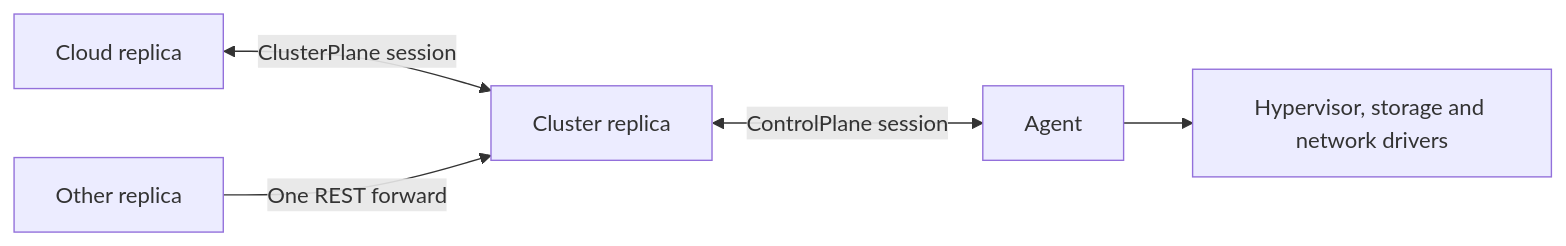
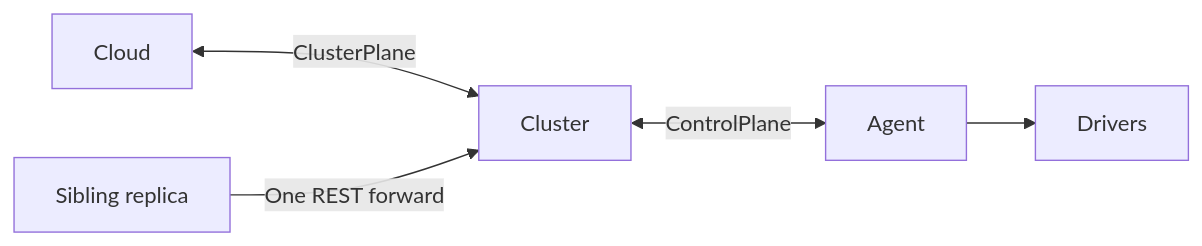
One commit to UniStuttgart-IKR/MeisterStack changed the second of 2 diagrams in docs/API.md. Above: the diagram before and after it, drawn with Mermaid. The commit also changed other lines of this file and 232 other files, not shown here.

````diff
--- a/docs/API.md
+++ b/docs/API.md
@@ -213,7 +142,7 @@
 ```mermaid
 flowchart LR
-    C[Cloud replica] <-->|ClusterPlane session| K[Cluster replica]
-    K <-->|ControlPlane session| A[Agent]
-    R[Other replica] -->|One REST forward| K
-    A --> D[Hypervisor, storage and network drivers]
+    C[Cloud] <-->|ClusterPlane| K[Cluster]
+    K <-->|ControlPlane| A[Agent]
+    R[Sibling replica] -->|One REST forward| K
+    A --> D[Drivers]
 ```
````
